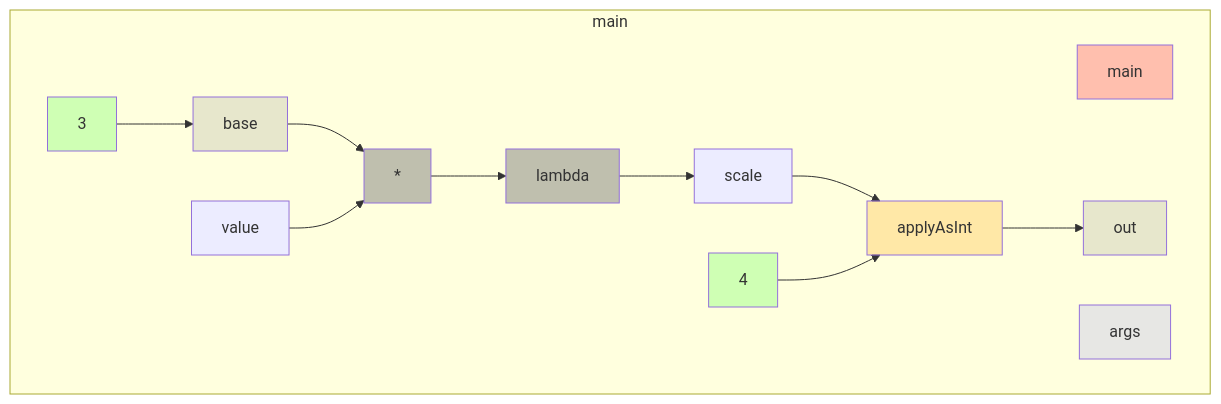
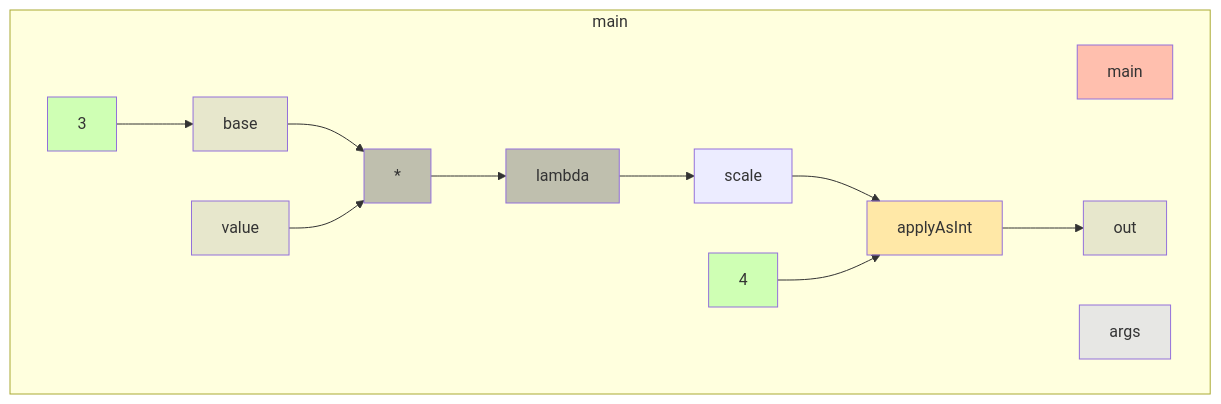
One commit to gstiebler/codeflow changed the diagram in app/src/test/resources/lambda/truth.md. Above: the diagram before and after it, drawn with Mermaid. The commit also changed 20 other files, not shown here.

First line of the commit message:
Build every graph from the IR, and delete the tree walker

````diff
--- a/app/src/test/resources/lambda/truth.md
+++ b/app/src/test/resources/lambda/truth.md
@@ -1,31 +1,31 @@
 ```mermaid
 flowchart TD
   subgraph b0["main"]
     n1[main]:::RETURN
     n2[args]:::FUNC_PARAM
     n3[3]:::LITERAL
     n4[base]:::VARIABLE
-    n5[value]:::OBJ_VARIABLE
+    n5[value]:::VARIABLE
     n6[*]:::BIN_OP
     n7[lambda]:::BIN_OP
     n8[scale]:::OBJ_VARIABLE
     n9[4]:::LITERAL
     n10[applyAsInt]:::EXTERNAL
     n11[out]:::VARIABLE
     n3[3]:::LITERAL --> n4[base]:::VARIABLE
     n4[base]:::VARIABLE --> n6[*]:::BIN_OP
-    n5[value]:::OBJ_VARIABLE --> n6[*]:::BIN_OP
+    n5[value]:::VARIABLE --> n6[*]:::BIN_OP
     n6[*]:::BIN_OP --> n7[lambda]:::BIN_OP
     n7[lambda]:::BIN_OP --> n8[scale]:::OBJ_VARIABLE
     n8[scale]:::OBJ_VARIABLE --> n10[applyAsInt]:::EXTERNAL
     n9[4]:::LITERAL --> n10[applyAsInt]:::EXTERNAL
     n10[applyAsInt]:::EXTERNAL --> n11[out]:::VARIABLE
   end
   classDef LITERAL fill:#00FF0030
   classDef VARIABLE fill:#80808030
   classDef BIN_OP fill:#80808080
   classDef FUNC_PARAM fill:#8080FF30
   classDef RETURN fill:#FF808080
   classDef EXTERNAL fill:#FFA50040
   classDef UNMODELLED fill:#FF000030,stroke-dasharray: 4 2
 ```
````
